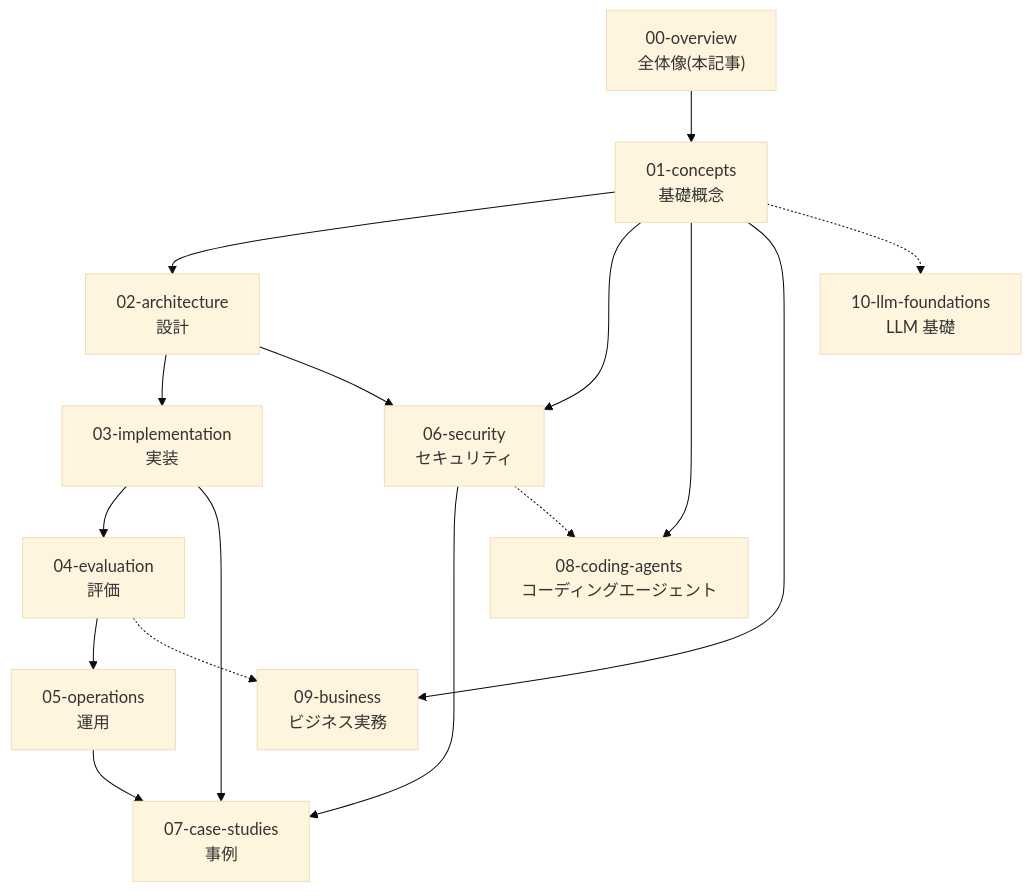
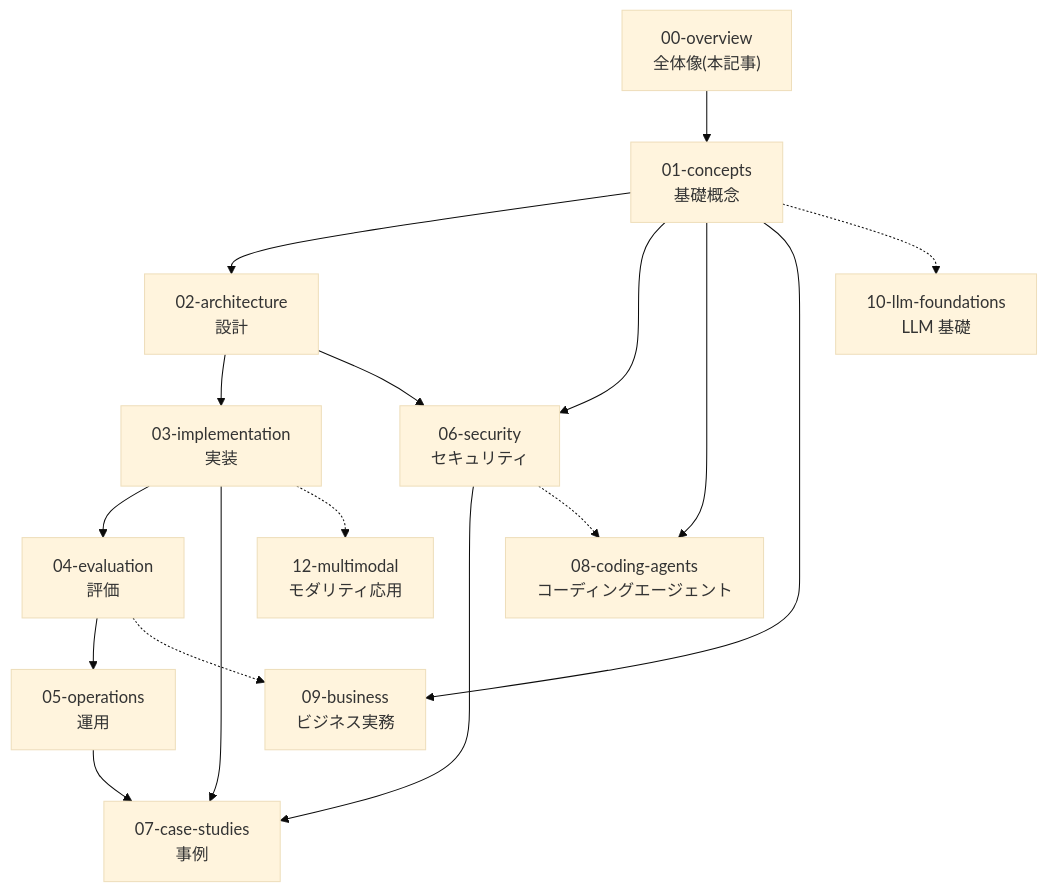
The diagram in docs/00-overview/learning-roadmap.md (pero3dev/ai-agent-library), drawn with Mermaid (base theme) before and after one commit. The commit also changed other lines of this file and 14 other files, not shown here.

````diff
--- a/docs/00-overview/learning-roadmap.md
+++ b/docs/00-overview/learning-roadmap.md
@@ -32,18 +32,19 @@
 ```mermaid
 flowchart TD
     O["00-overview<br/>全体像(本記事)"] --> C1["01-concepts<br/>基礎概念"]
     C1 --> A2["02-architecture<br/>設計"]
     A2 --> I3["03-implementation<br/>実装"]
     I3 --> E4["04-evaluation<br/>評価"]
     E4 --> P5["05-operations<br/>運用"]
     C1 --> S6["06-security<br/>セキュリティ"]
     A2 --> S6
     I3 --> CS7["07-case-studies<br/>事例"]
     S6 --> CS7
     P5 --> CS7
     C1 --> CA8["08-coding-agents<br/>コーディングエージェント"]
     S6 -.-> CA8
     C1 --> B9["09-business<br/>ビジネス実務"]
     E4 -.-> B9
     C1 -.-> F10["10-llm-foundations<br/>LLM 基礎"]
+    I3 -.-> MM12["12-multimodal<br/>モダリティ応用"]
 ```
````
